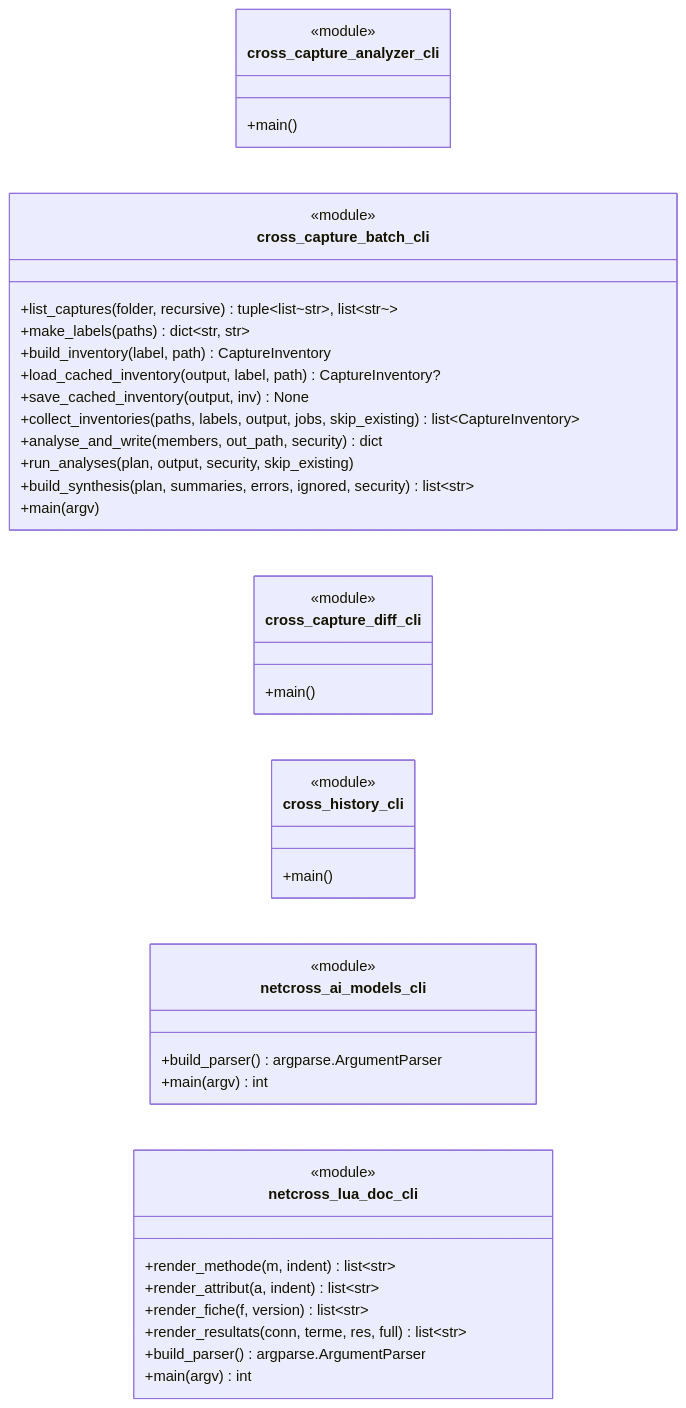
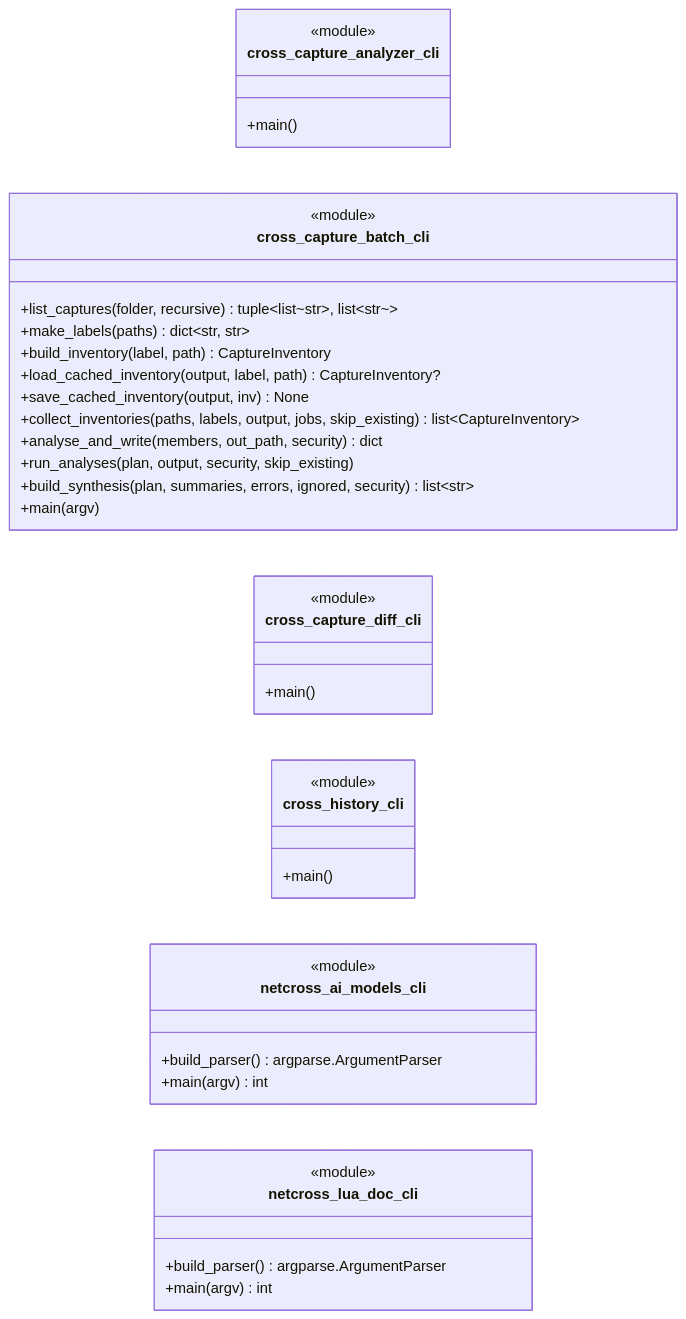
One commit to Mathide-Team/Netcross changed diagram 19 of 19 in docs/class-diagram.md. Above: the diagram before and after it, drawn with Mermaid. The commit also changed other lines of this file and 8 other files, not shown here.

````diff
--- a/docs/class-diagram.md
+++ b/docs/class-diagram.md
@@ -4563,55 +4598,51 @@
 ```mermaid
 classDiagram
     direction LR
 
     %% ===== cross_capture_analyzer_cli =====
     class mod_cross_capture_analyzer_cli["cross_capture_analyzer_cli"] {
         <<module>>
         +main()
     }
 
     %% ===== cross_capture_batch_cli =====
     class mod_cross_capture_batch_cli["cross_capture_batch_cli"] {
         <<module>>
         +list_captures(folder, recursive) tuple~list~str~, list~str~~
         +make_labels(paths) dict~str, str~
         +build_inventory(label, path) CaptureInventory
         +load_cached_inventory(output, label, path) CaptureInventory?
         +save_cached_inventory(output, inv) None
         +collect_inventories(paths, labels, output, jobs, skip_existing) list~CaptureInventory~
         +analyse_and_write(members, out_path, security) dict
         +run_analyses(plan, output, security, skip_existing)
         +build_synthesis(plan, summaries, errors, ignored, security) list~str~
         +main(argv)
     }
 
     %% ===== cross_capture_diff_cli =====
     class mod_cross_capture_diff_cli["cross_capture_diff_cli"] {
         <<module>>
         +main()
     }
 
     %% ===== cross_history_cli =====
     class mod_cross_history_cli["cross_history_cli"] {
         <<module>>
         +main()
     }
 
     %% ===== netcross_ai_models_cli =====
     class mod_netcross_ai_models_cli["netcross_ai_models_cli"] {
         <<module>>
         +build_parser() argparse.ArgumentParser
         +main(argv) int
     }
 
     %% ===== netcross_lua_doc_cli =====
     class mod_netcross_lua_doc_cli["netcross_lua_doc_cli"] {
         <<module>>
-        +render_methode(m, indent) list~str~
-        +render_attribut(a, indent) list~str~
-        +render_fiche(f, version) list~str~
-        +render_resultats(conn, terme, res, full) list~str~
         +build_parser() argparse.ArgumentParser
         +main(argv) int
     }
 ```
````
